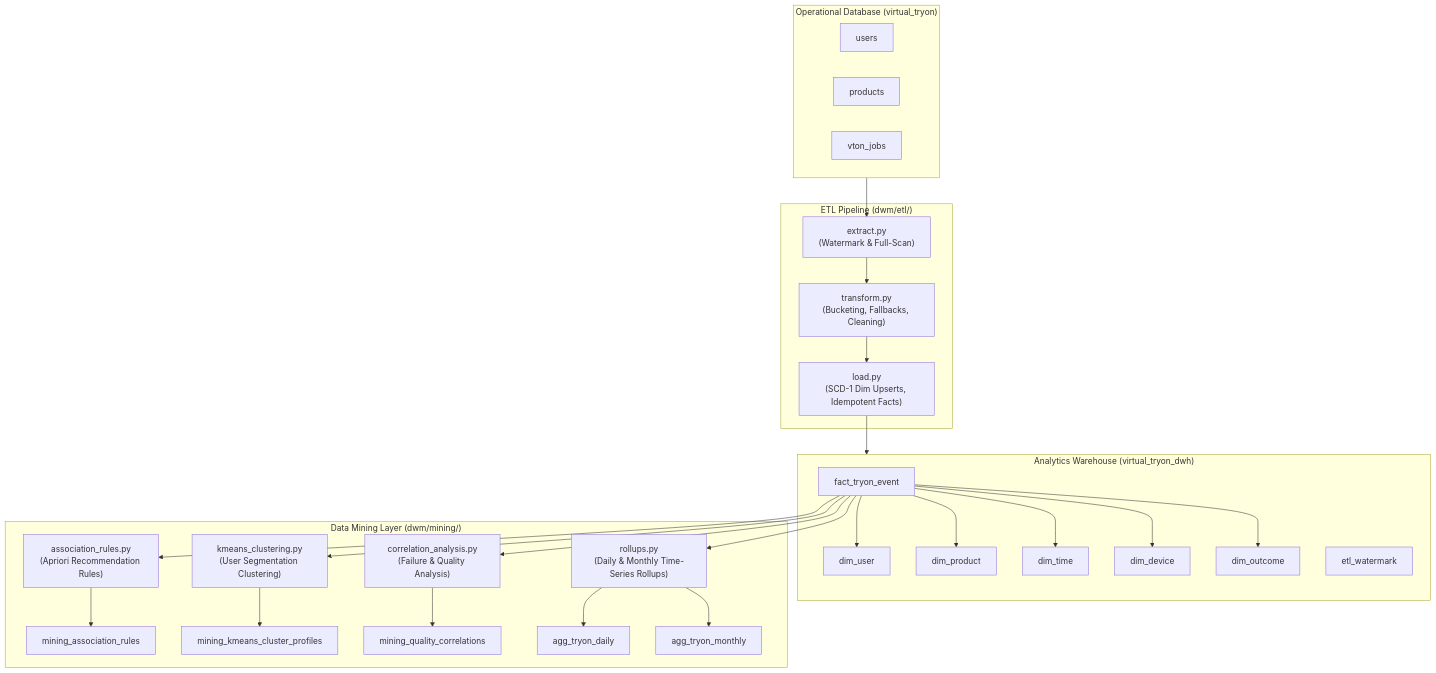
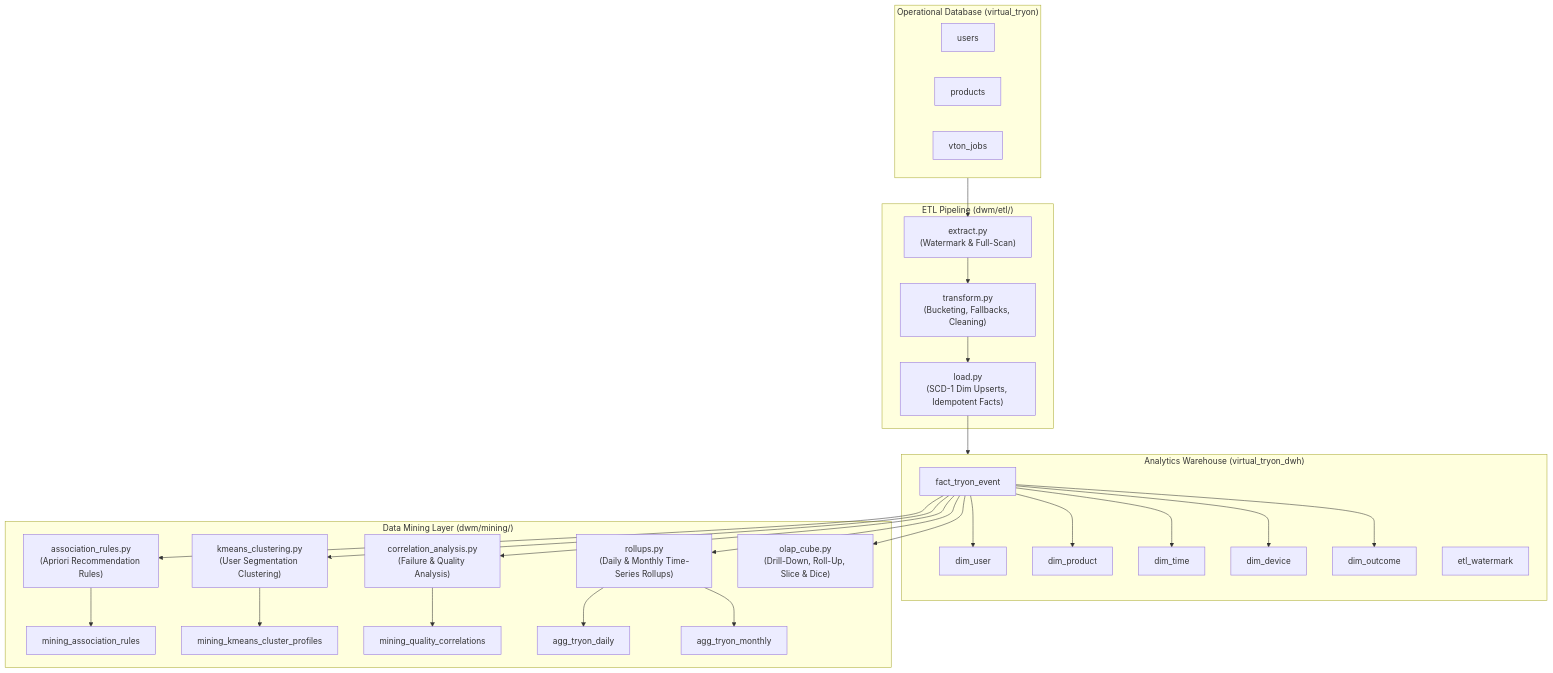
One commit to ankushhKapoor/AI-Virtual-Try-On changed the diagram in dwm/README.md. Above: the diagram before and after it, drawn with Mermaid. The commit also changed other lines of this file and 9 other files, not shown here.

````diff
--- a/dwm/README.md
+++ b/dwm/README.md
@@ -11,58 +11,60 @@
 ```mermaid
 graph TD
     subgraph OLTP ["Operational Database (virtual_tryon)"]
         Users["users"]
         Products["products"]
         Jobs["vton_jobs"]
     end
 
     subgraph ETL ["ETL Pipeline (dwm/etl/)"]
         Extract["extract.py\n(Watermark & Full-Scan)"]
         Transform["transform.py\n(Bucketing, Fallbacks, Cleaning)"]
         Load["load.py\n(SCD-1 Dim Upserts, Idempotent Facts)"]
         Extract --> Transform --> Load
     end
 
     subgraph DWH ["Analytics Warehouse (virtual_tryon_dwh)"]
         Fact["fact_tryon_event"]
         DimU["dim_user"]
         DimP["dim_product"]
         DimT["dim_time"]
         DimD["dim_device"]
         DimO["dim_outcome"]
         Watermark["etl_watermark"]
 
         Fact --> DimU
         Fact --> DimP
         Fact --> DimT
         Fact --> DimD
         Fact --> DimO
     end
 
     subgraph Mining ["Data Mining Layer (dwm/mining/)"]
         Apriori["association_rules.py\n(Apriori Recommendation Rules)"]
         KMeans["kmeans_clustering.py\n(User Segmentation Clustering)"]
         Correlation["correlation_analysis.py\n(Failure & Quality Analysis)"]
         Rollups["rollups.py\n(Daily & Monthly Time-Series Rollups)"]
+        OLAPCube["olap_cube.py\n(Drill-Down, Roll-Up, Slice & Dice)"]
 
         Fact --> Apriori
         Fact --> KMeans
         Fact --> Correlation
         Fact --> Rollups
+        Fact --> OLAPCube
         
         RulesTable["mining_association_rules"]
         ProfilesTable["mining_kmeans_cluster_profiles"]
         CorrTable["mining_quality_correlations"]
         DailyTable["agg_tryon_daily"]
         MonthlyTable["agg_tryon_monthly"]
 
         Apriori --> RulesTable
         KMeans --> ProfilesTable
         Correlation --> CorrTable
         Rollups --> DailyTable
         Rollups --> MonthlyTable
     end
 
     OLTP --> Extract
     Load --> DWH
 ```
````
